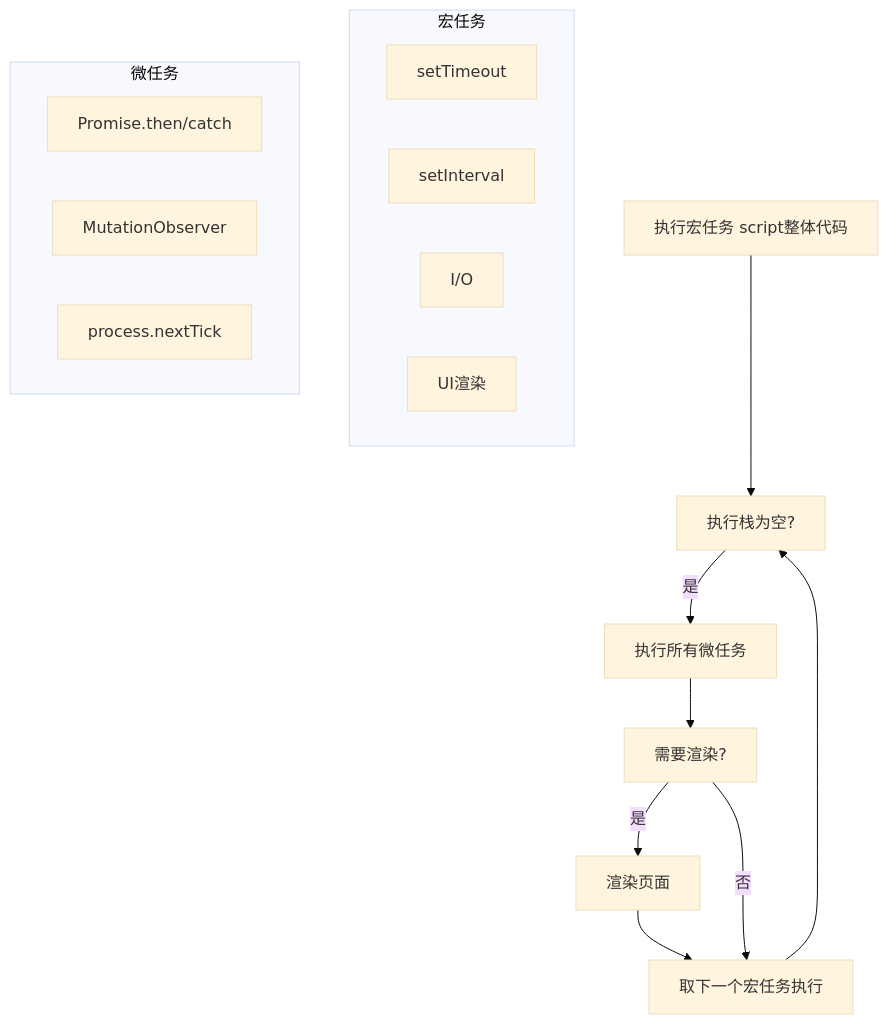
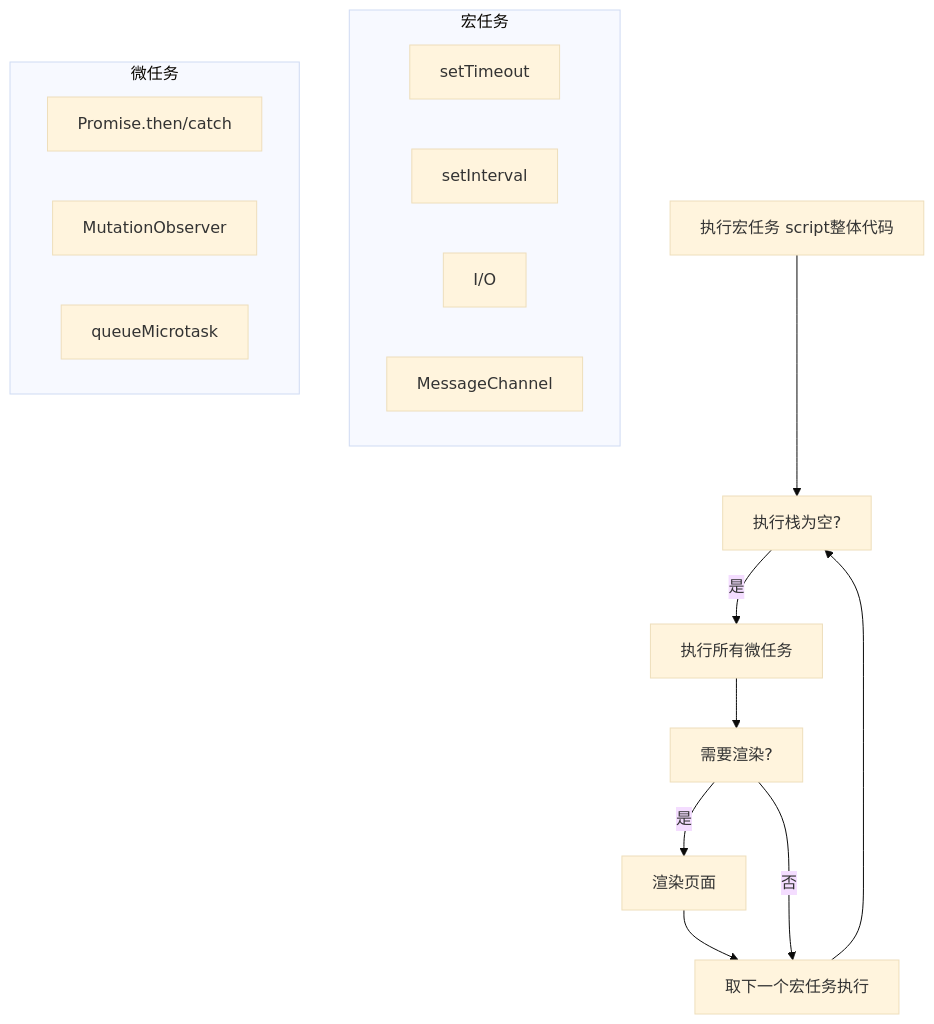
Diagram 17 of 40 in docs/S3-进阶提升/01-浏览器原理.md (KMaybe01/interview-demo), drawn with Mermaid (base theme) before and after one commit. The commit also changed other lines of this file and 7 other files, not shown here.

````diff
--- a/docs/S3-进阶提升/01-浏览器原理.md
+++ b/docs/S3-进阶提升/01-浏览器原理.md
@@ -547,22 +561,22 @@
 ```mermaid
 flowchart TD
     A["执行宏任务 script整体代码"] --> B["执行栈为空?"]
     B -->|是| C["执行所有微任务"]
     C --> D["需要渲染?"]
     D -->|是| E["渲染页面"]
     E --> F["取下一个宏任务执行"]
     D -->|否| F
     F --> B
     
     subgraph 宏任务
         H["setTimeout"]
         I["setInterval"]
         J["I/O"]
-        K["UI渲染"]
+        K["MessageChannel"]
     end
     subgraph 微任务
         L["Promise.then/catch"]
         M["MutationObserver"]
-        N["process.nextTick"]
+        N["queueMicrotask"]
     end
 ```
````
